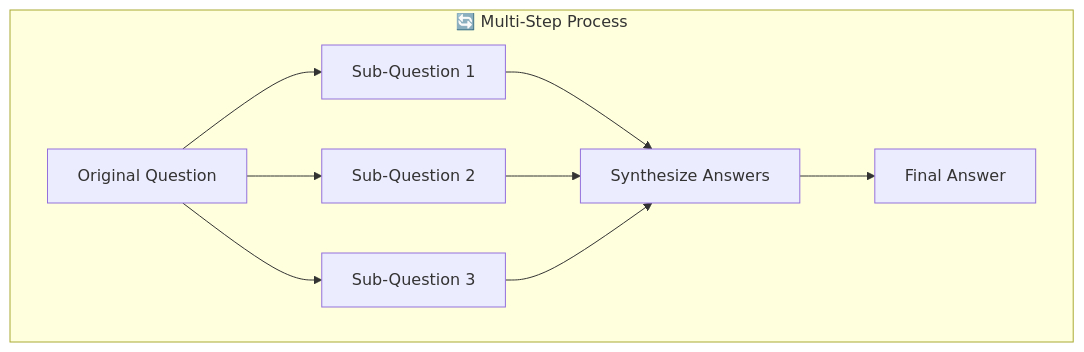
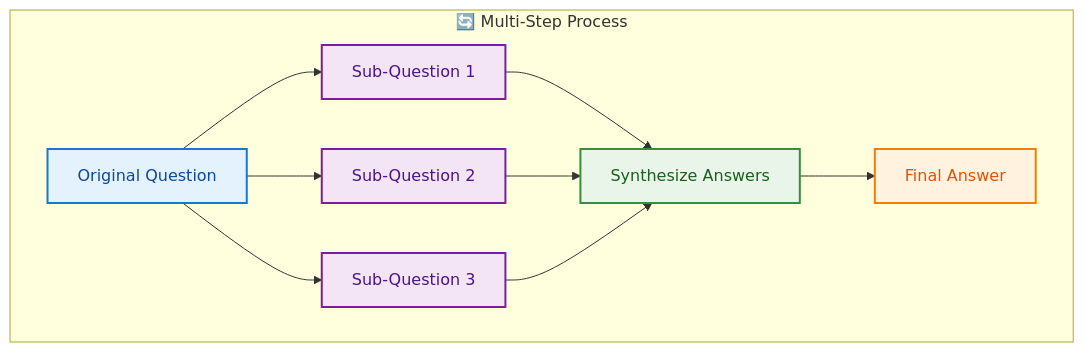
One commit to khaosans/basic-chat changed the second of 10 diagrams in docs/FEATURES.md. Above: the diagram before and after it, drawn with Mermaid. The commit also changed other lines of this file and 6 other files, not shown here.

Commit message:
docs: Update documentation for clarity and consistency - Revise links and descriptions in DEVELOPMENT.md, ROADMAP.md, and ARCHITECTURE.md

````diff
--- a/docs/FEATURES.md
+++ b/docs/FEATURES.md
@@ -60,20 +72,30 @@
 ```mermaid
 graph TB
     subgraph "🔄 Multi-Step Process"
         Q[Original Question]
         SQ1[Sub-Question 1]
         SQ2[Sub-Question 2]
         SQ3[Sub-Question 3]
         SYNTH[Synthesize Answers]
         FINAL[Final Answer]
     end
     
     Q --> SQ1
     Q --> SQ2
     Q --> SQ3
     
     SQ1 --> SYNTH
     SQ2 --> SYNTH
     SQ3 --> SYNTH
     SYNTH --> FINAL
+    
+    classDef question fill:#E3F2FD,stroke:#1976D2,stroke-width:2px,color:#0D47A1
+    classDef subquestions fill:#F3E5F5,stroke:#7B1FA2,stroke-width:2px,color:#4A148C
+    classDef synthesis fill:#E8F5E8,stroke:#388E3C,stroke-width:2px,color:#1B5E20
+    classDef final fill:#FFF3E0,stroke:#F57C00,stroke-width:2px,color:#E65100
+    
+    class Q question
+    class SQ1,SQ2,SQ3 subquestions
+    class SYNTH synthesis
+    class FINAL final
 ```
````
